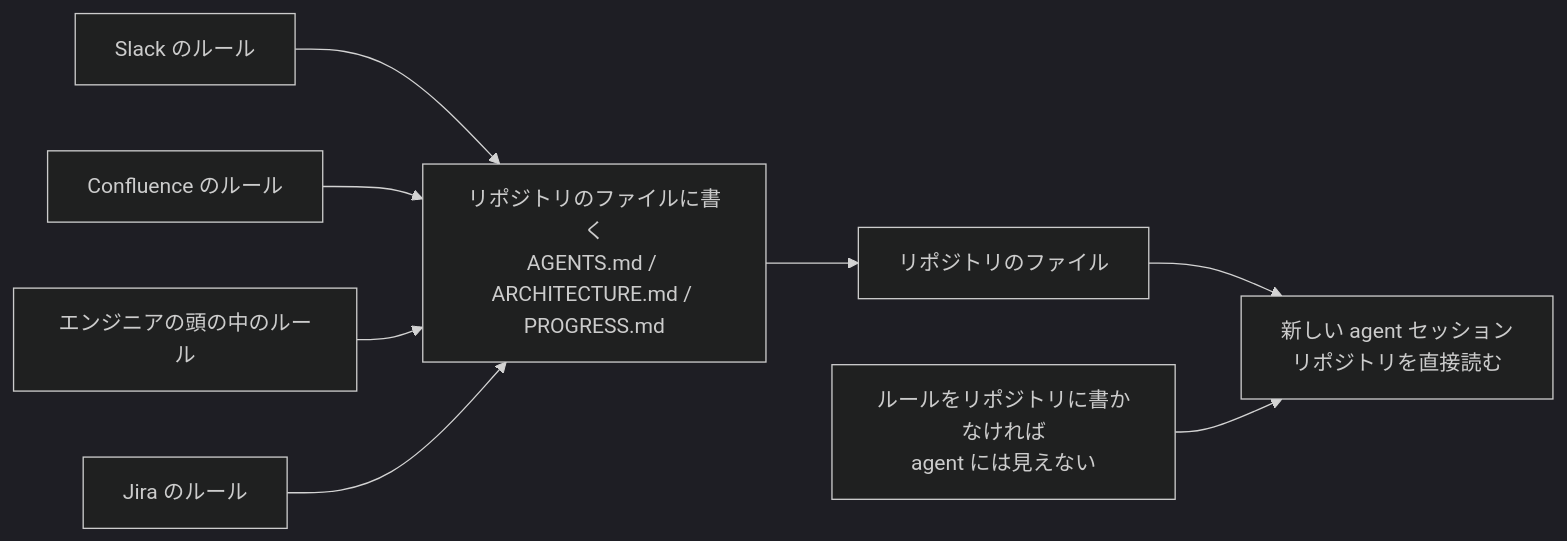
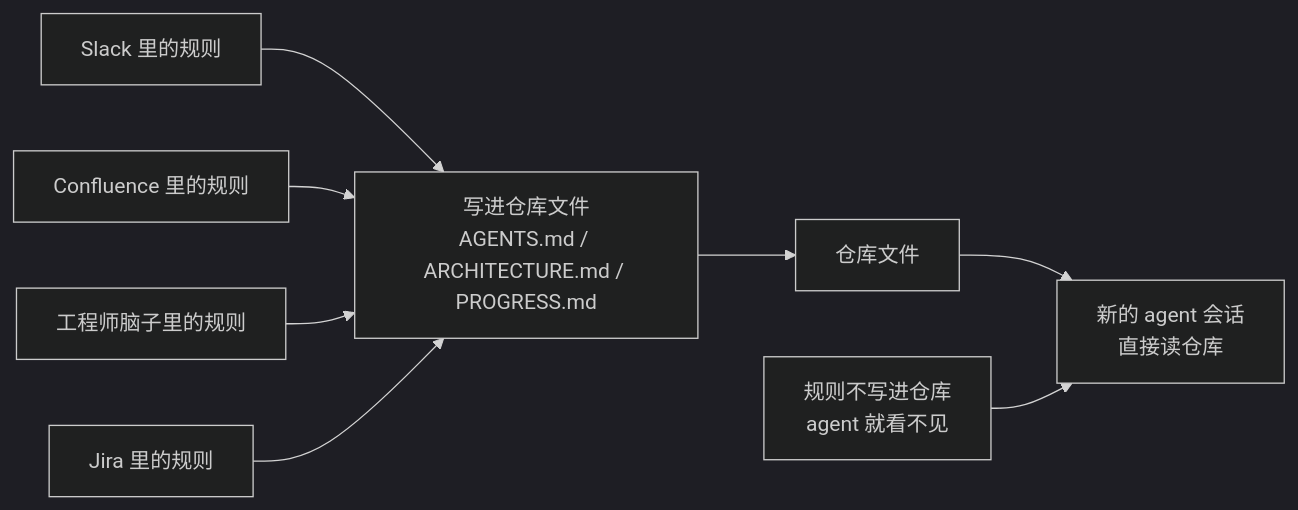
Before and after one commit to mkusaka/learn-harness-engineering: the first of 2 diagrams in docs/zh/lectures/lecture-03-why-the-repository-must-become-the-system-of-record/index.md, drawn with Mermaid (dark theme). The commit also changed other lines of this file and 684 other files, not shown here.

````diff
--- a/docs/zh/lectures/lecture-03-why-the-repository-must-become-the-system-of-record/index.md
+++ b/docs/zh/lectures/lecture-03-why-the-repository-must-become-the-system-of-record/index.md
@@ -26,10 +26,10 @@
 ```mermaid
 flowchart LR
-    Slack["Slack のルール"] --> Write["リポジトリのファイルに書く<br/>AGENTS.md / ARCHITECTURE.md / PROGRESS.md"]
-    Confluence["Confluence のルール"] --> Write
-    Heads["エンジニアの頭の中のルール"] --> Write
-    Jira["Jira のルール"] --> Write
-    Write --> Repo["リポジトリのファイル"]
-    Repo --> Agent["新しい agent セッション<br/>リポジトリを直接読む"]
-    Warning["ルールをリポジトリに書かなければ<br/>agent には見えない"] --> Agent
+    Slack["Slack 里的规则"] --> Write["写进仓库文件<br/>AGENTS.md / ARCHITECTURE.md / PROGRESS.md"]
+    Confluence["Confluence 里的规则"] --> Write
+    Heads["工程师脑子里的规则"] --> Write
+    Jira["Jira 里的规则"] --> Write
+    Write --> Repo["仓库文件"]
+    Repo --> Agent["新的 agent 会话<br/>直接读仓库"]
+    Warning["规则不写进仓库<br/>agent 就看不见"] --> Agent
 ```
````
